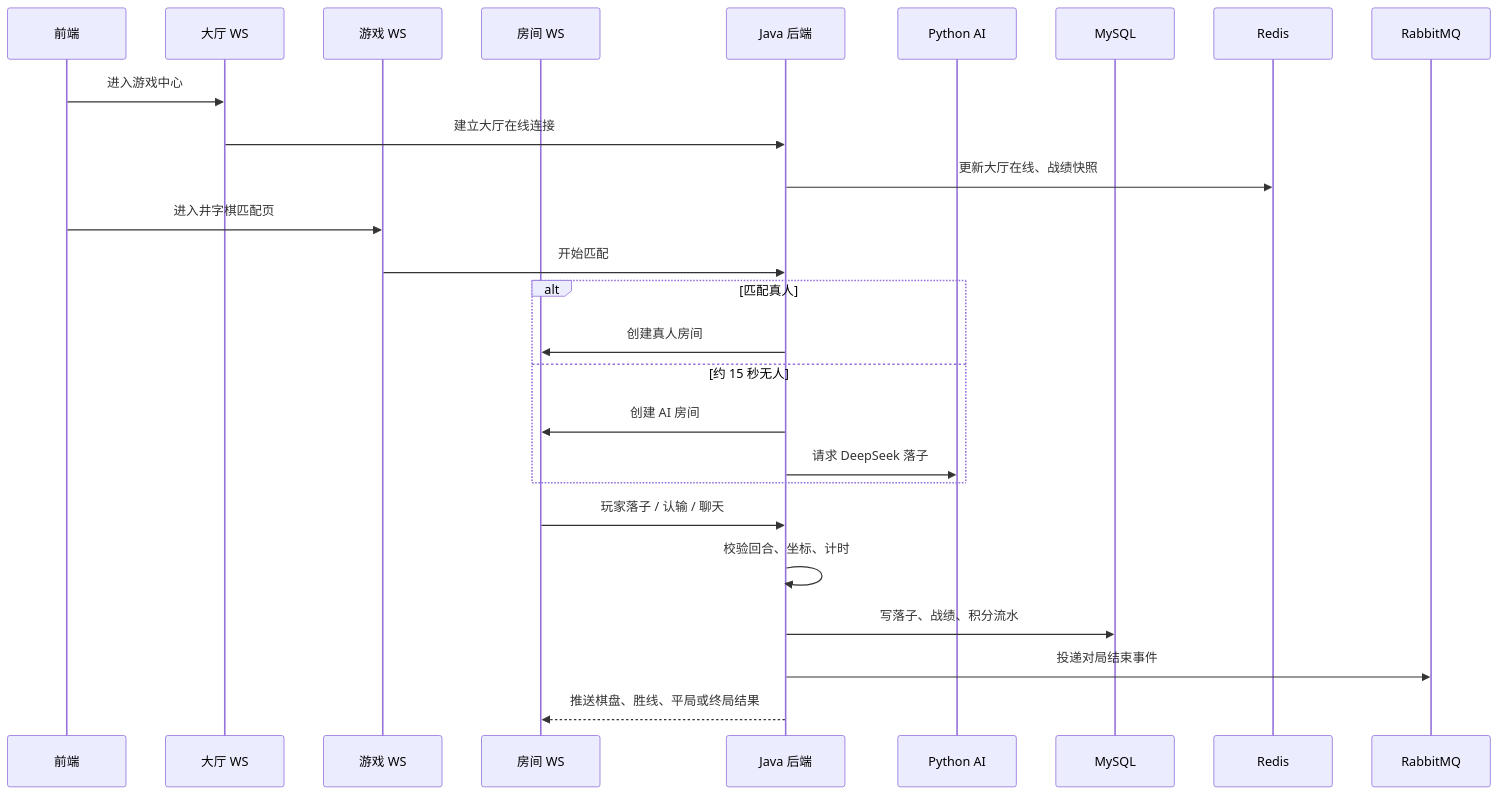
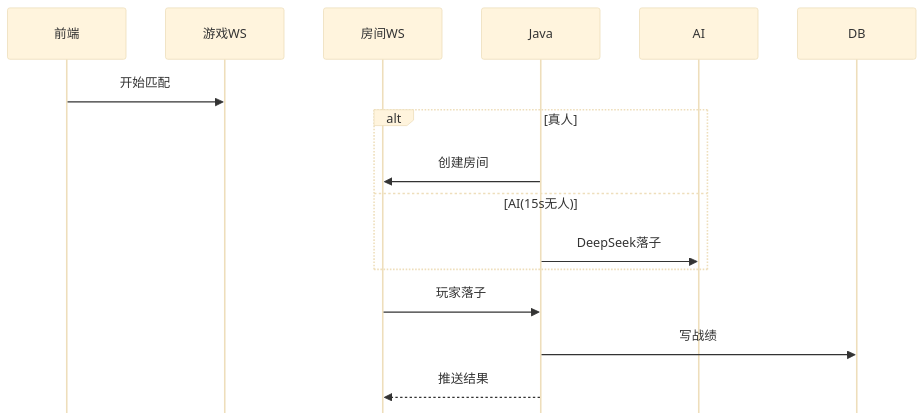
Before and after one commit to pluchon/mengmeng_forum: the fourth of 22 diagrams in README.md, drawn with Mermaid. The commit also changed other lines of this file and 2 other files, not shown here.

````diff
--- a/README.md
+++ b/README.md
@@ -357,29 +235,20 @@
 ```mermaid
+%%{init: {'theme':'base', 'sequence': {'mirrorActors': false, 'actorFontSize': 11}}}%%
 sequenceDiagram
   participant FE as 前端
-  participant Lobby as 大厅 WS
-  participant Game as 游戏 WS
-  participant Room as 房间 WS
-  participant J as Java 后端
-  participant P as Python AI
-  participant DB as MySQL
-  participant R as Redis
-  participant MQ as RabbitMQ
+  participant Game as 游戏WS
+  participant Room as 房间WS
+  participant J as Java
+  participant P as AI
+  participant DB as DB
 
-  FE->>Lobby: 进入游戏中心
-  Lobby->>J: 建立大厅在线连接
-  J->>R: 更新大厅在线、战绩快照
-  FE->>Game: 进入井字棋匹配页
-  Game->>J: 开始匹配
-  alt 匹配真人
-    J->>Room: 创建真人房间
-  else 约 15 秒无人
-    J->>Room: 创建 AI 房间
-    J->>P: 请求 DeepSeek 落子
+  FE->>Game: 开始匹配
+  alt 真人
+    J->>Room: 创建房间
+  else AI(15s无人)
+    J->>P: DeepSeek落子
   end
-  Room->>J: 玩家落子 / 认输 / 聊天
-  J->>J: 校验回合、坐标、计时
-  J->>DB: 写落子、战绩、积分流水
-  J->>MQ: 投递对局结束事件
-  J-->>Room: 推送棋盘、胜线、平局或终局结果
+  Room->>J: 玩家落子
+  J->>DB: 写战绩
+  J-->>Room: 推送结果
 ```
````
